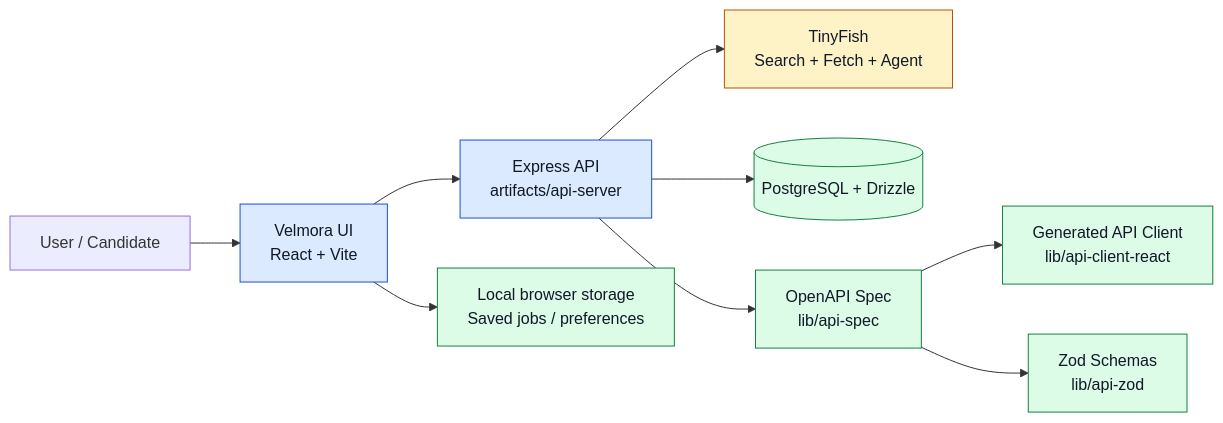
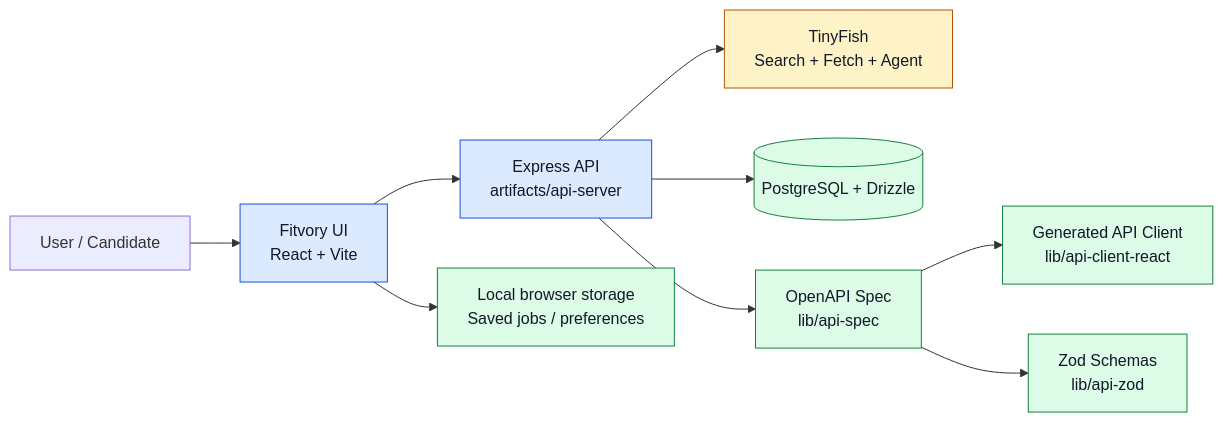
One commit to vanshgoyal2007/Career-finder-new-byte-force-new- changed the first of 2 diagrams in README.md. Above: the diagram before and after it, drawn with Mermaid. The commit also changed other lines of this file and 9 other files, not shown here.

````diff
--- a/README.md
+++ b/README.md
@@ -31,19 +31,19 @@
 ```mermaid
 flowchart LR
-    User[User / Candidate] --> FE[Velmora UI\nReact + Vite]
+    User[User / Candidate] --> FE[Fitvory UI\nReact + Vite]
     FE --> API[Express API\nartifacts/api-server]
     API --> TF[TinyFish\nSearch + Fetch + Agent]
     API --> DB[(PostgreSQL + Drizzle)]
     API --> OpenAPI[OpenAPI Spec\nlib/api-spec]
     OpenAPI --> Client[Generated API Client\nlib/api-client-react]
     OpenAPI --> Zod[Zod Schemas\nlib/api-zod]
     FE --> Local[Local browser storage\nSaved jobs / preferences]
 
     classDef external fill:#fef3c7,stroke:#b45309,color:#111827;
     classDef app fill:#dbeafe,stroke:#1d4ed8,color:#111827;
     classDef data fill:#dcfce7,stroke:#15803d,color:#111827;
 
     class FE,API app;
     class TF external;
     class DB,OpenAPI,Client,Zod,Local data;
 ```
````
